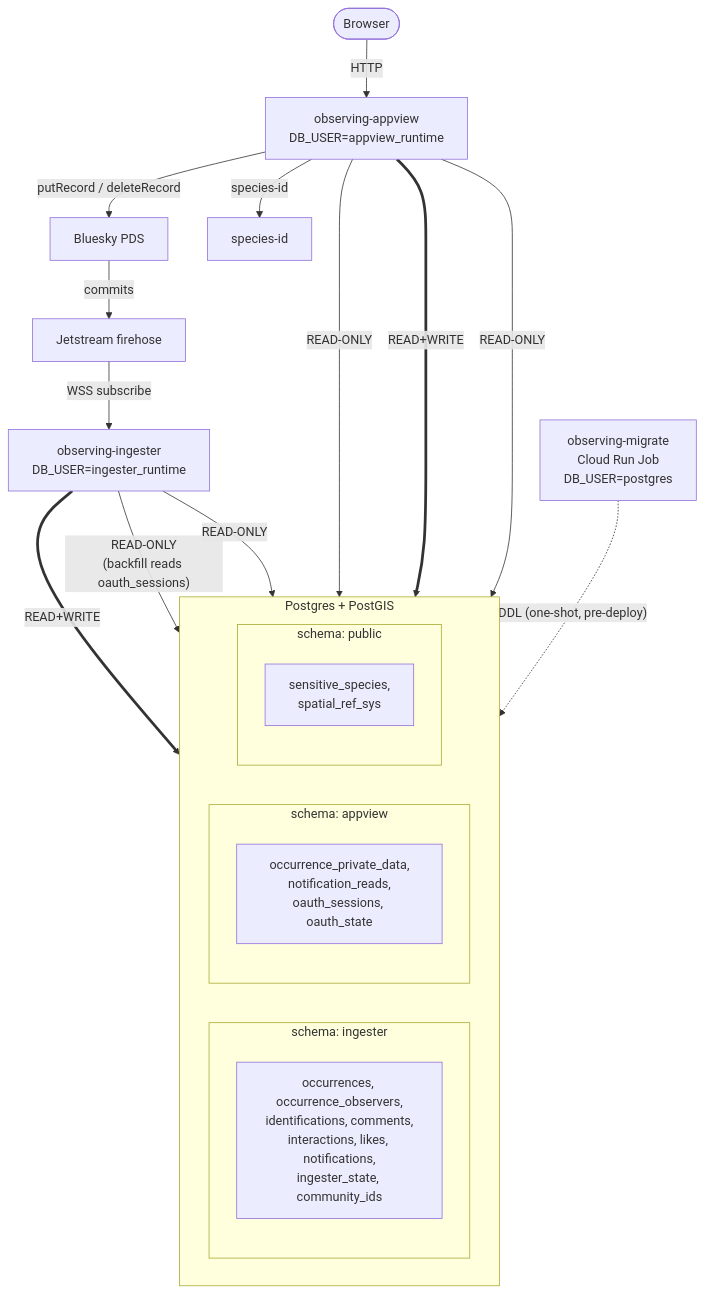
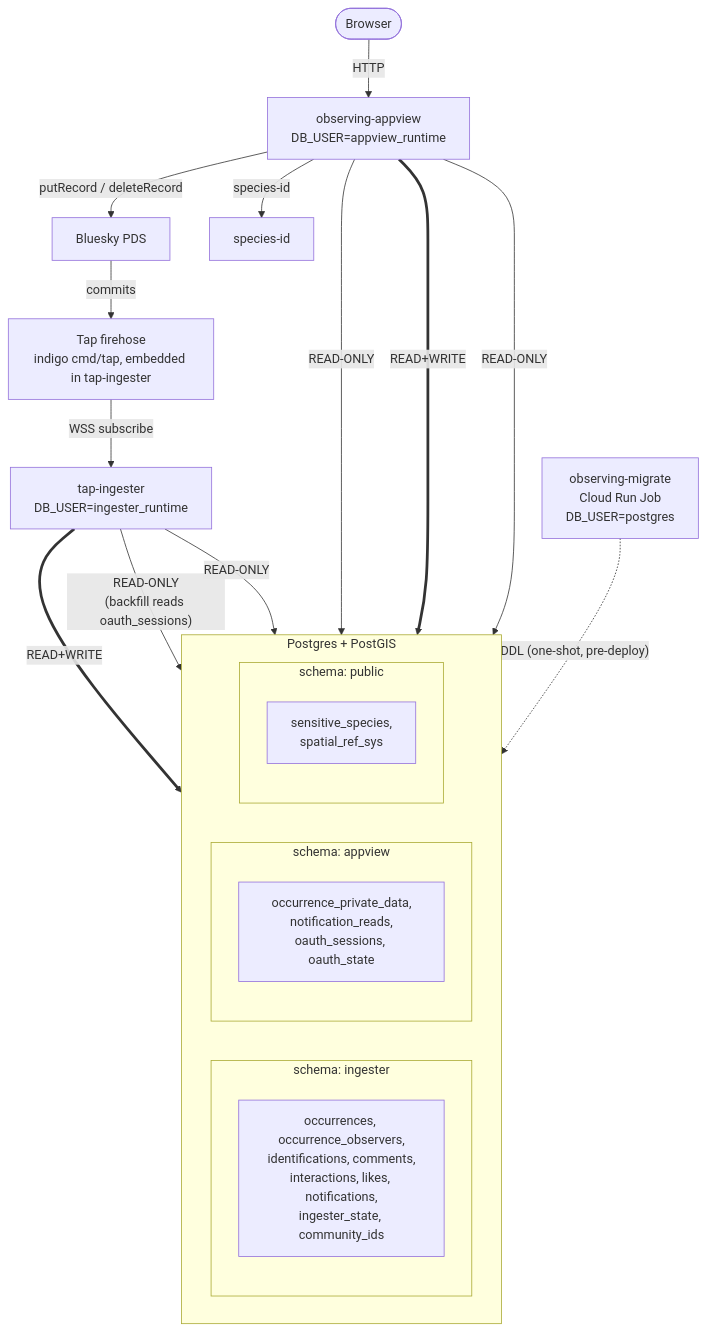
Before and after one commit to observ-ing/core: the diagram in docs/architecture.md, drawn with Mermaid. The commit also changed other lines of this file and 82 other files, not shown here.

````diff
--- a/docs/architecture.md
+++ b/docs/architecture.md
@@ -5,39 +5,39 @@
 ```mermaid
 flowchart TB
     User([Browser])
     PDS[Bluesky PDS]
-    JS[Jetstream firehose]
+    JS[Tap firehose<br/>indigo cmd/tap, embedded in tap-ingester]
     AV[observing-appview<br/>DB_USER=appview_runtime]
-    IG[observing-ingester<br/>DB_USER=ingester_runtime]
+    IG[tap-ingester<br/>DB_USER=ingester_runtime]
     MIG[observing-migrate<br/>Cloud Run Job<br/>DB_USER=postgres]
     SID[species-id]
 
     subgraph DB["Postgres + PostGIS"]
       direction LR
       subgraph ING["schema: ingester"]
         ING_TBL["occurrences, occurrence_observers,<br/>identifications, comments,<br/>interactions, likes, notifications,<br/>ingester_state, community_ids"]
       end
       subgraph APPV["schema: appview"]
         APPV_TBL["occurrence_private_data,<br/>notification_reads,<br/>oauth_sessions, oauth_state"]
       end
       subgraph PUB["schema: public"]
         PUB_TBL["sensitive_species,<br/>spatial_ref_sys"]
       end
     end
 
     User -- HTTP --> AV
     AV -- "putRecord / deleteRecord" --> PDS
     PDS -- commits --> JS
     JS -- "WSS subscribe" --> IG
     AV -- species-id --> SID
 
     IG == "READ+WRITE" ==> ING
     IG -- "READ-ONLY<br/>(backfill reads oauth_sessions)" --> APPV
     IG -- "READ-ONLY" --> PUB
 
     AV -- "READ-ONLY" --> ING
     AV == "READ+WRITE" ==> APPV
     AV -- "READ-ONLY" --> PUB
 
     MIG -. "DDL (one-shot, pre-deploy)" .-> DB
 ```
````
